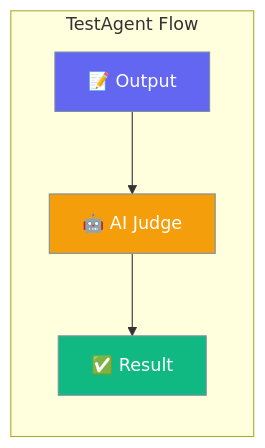
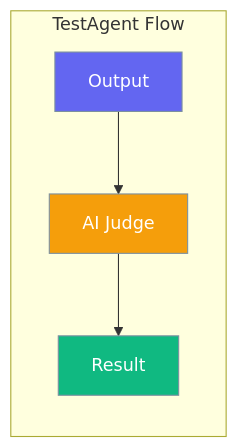
Before and after one commit to MervinPraison/TestAgent: the diagram in docs/index.md, drawn with Mermaid. The commit also changed 4 other files, not shown here.

Commit message:
fix: Remove emojis from mermaid diagrams for compatibility

````diff
--- a/docs/index.md
+++ b/docs/index.md
@@ -5,15 +5,15 @@
 ```mermaid
 graph LR
     subgraph "TestAgent Flow"
-        A[📝 Output] --> B[🤖 AI Judge]
-        B --> C[✅ Result]
+        A[Output] --> B[AI Judge]
+        B --> C[Result]
     end
     
     classDef input fill:#6366F1,stroke:#7C90A0,color:#fff
     classDef process fill:#F59E0B,stroke:#7C90A0,color:#fff
     classDef output fill:#10B981,stroke:#7C90A0,color:#fff
     
     class A input
     class B process
     class C output
 ```
````
